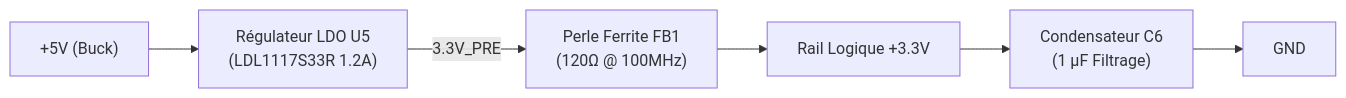
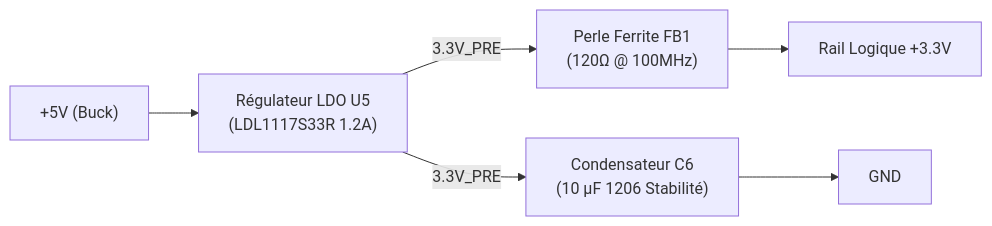
Before and after one commit to nitrogene/OBD2: the fourth of 9 diagrams in HARDWARE.md, drawn with Mermaid. The commit also changed other lines of this file and 10 other files, not shown here.

First line of the commit message:
feat(schematic): fiabilisation alimentation LDO/Buck et matrice de conformité normative

````diff
--- a/HARDWARE.md
+++ b/HARDWARE.md
@@ -179,18 +181,18 @@
 ```mermaid
 %%{init: {
   'themeVariables': {
     'fontFamily': 'Consolas, "Courier New", monospace',
     'fontSize': '12px'
   },
   'flowchart': {
     'curve': 'stepBefore',
     'nodeSpacing': 20,
     'rankSpacing': 30
   }
 }}%%
 flowchart LR
     V5["+5V (Buck)"] --> U5["Régulateur LDO U5\n(LDL1117S33R 1.2A)"]
     U5 -->|3.3V_PRE| FB1["Perle Ferrite FB1\n(120Ω @ 100MHz)"]
     FB1 --> V33["Rail Logique +3.3V"]
-    V33 --> C6["Condensateur C6\n(1 µF Filtrage)"] --> GND["GND"]
+    U5 -->|3.3V_PRE| C6["Condensateur C6\n(10 µF 1206 Stabilité)"] --> GND["GND"]
 ```
````
